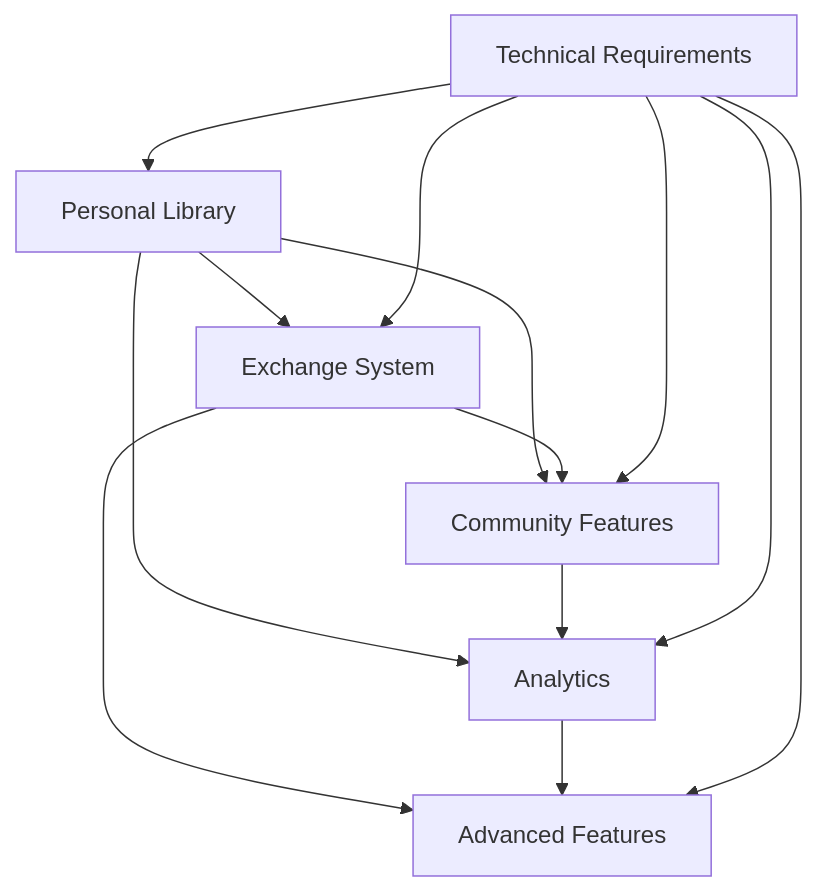
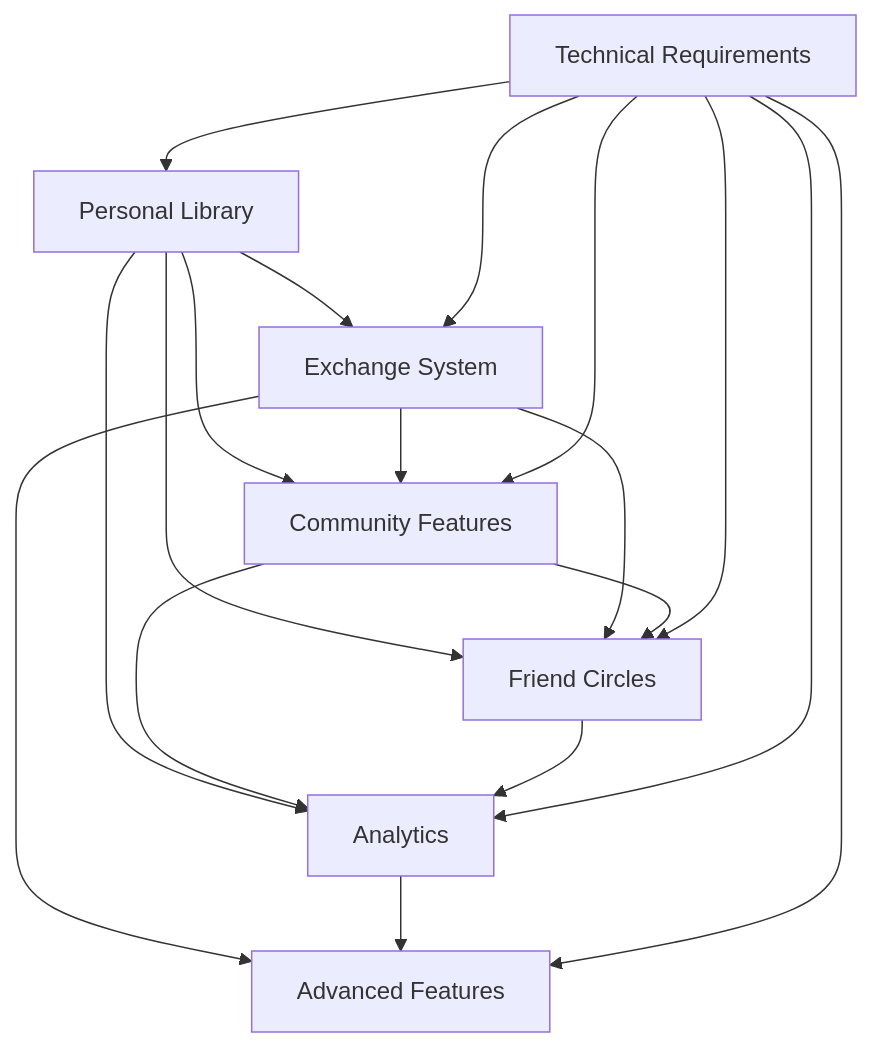
One commit to SanderVerkuil/JigSwap changed the diagram in spec/features/README.md. Above: the diagram before and after it, drawn with Mermaid. The commit also changed other lines of this file and 5 other files, not shown here.

First line of the commit message:
feat: introduce friend circles for enhanced puzzle sharing

````diff
--- a/spec/features/README.md
+++ b/spec/features/README.md
@@ -56,15 +65,20 @@
 ```mermaid
 graph TD
     A[Personal Library] --> B[Exchange System]
     A --> C[Community Features]
+    A --> G[Friend Circles]
     A --> D[Analytics]
     B --> C
+    B --> G
     B --> E[Advanced Features]
+    C --> G
     C --> D
+    G --> D
     D --> E
     F[Technical Requirements] --> A
     F --> B
     F --> C
+    F --> G
     F --> D
     F --> E
 ```
````
